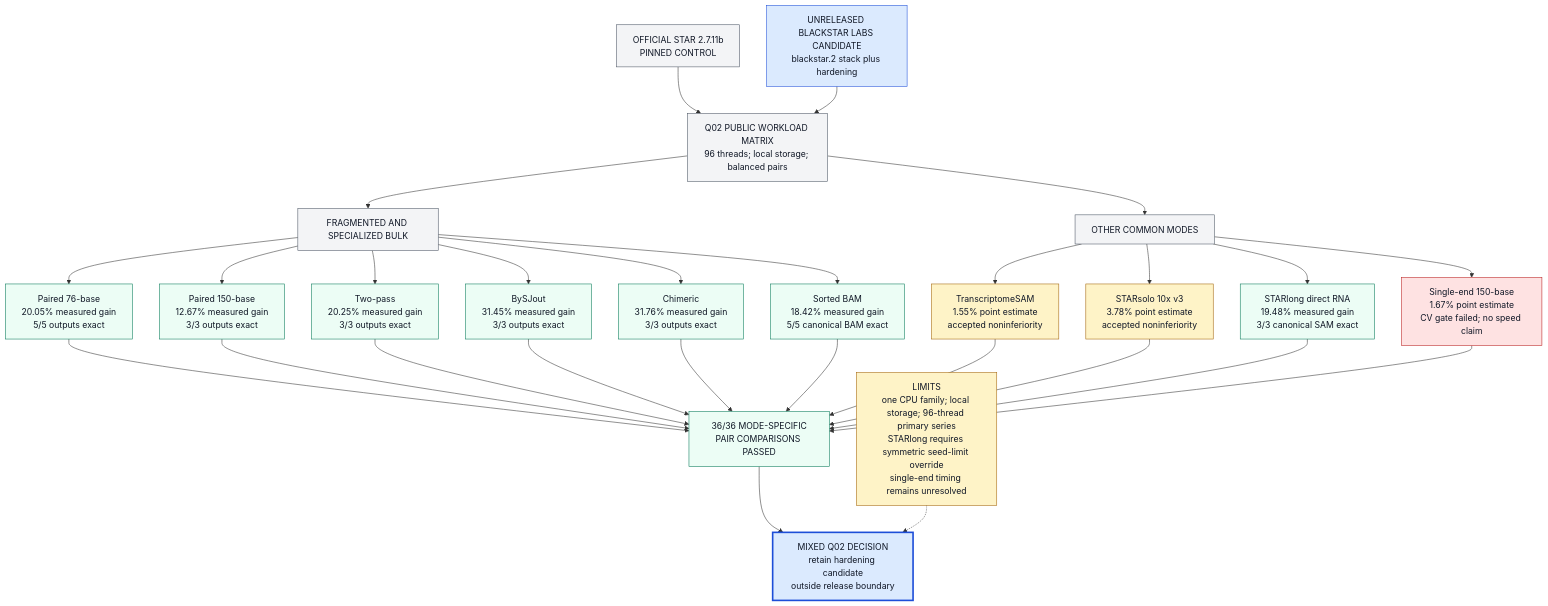
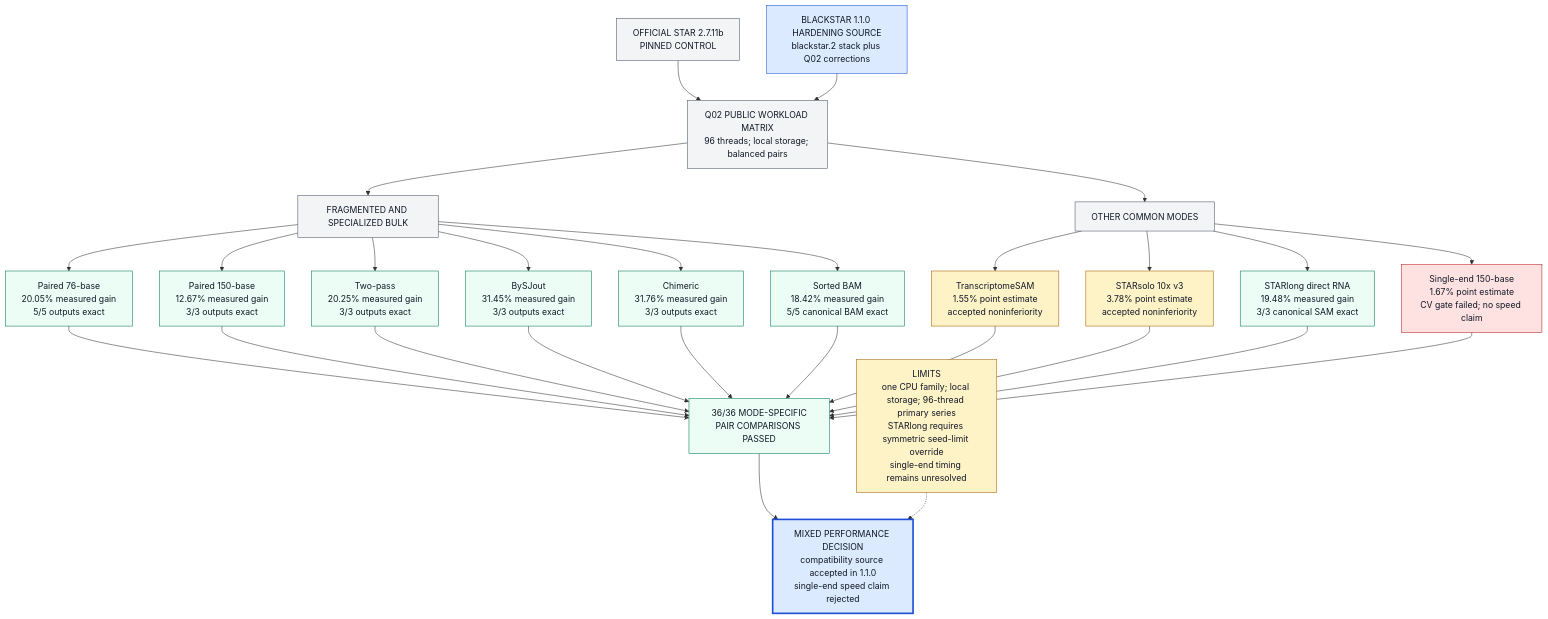
The diagram in docs/architecture/diagrams/src/F27-cross-workload-generalization.mmd (justinblethrow-cloud/STAR), drawn with Mermaid before and after one commit. The commit also changed 35 other files, not shown here.

```diff
--- a/docs/architecture/diagrams/src/F27-cross-workload-generalization.mmd
+++ b/docs/architecture/diagrams/src/F27-cross-workload-generalization.mmd
@@ -1,46 +1,46 @@
 flowchart TB
     CONTROL["OFFICIAL STAR 2.7.11b<br/>PINNED CONTROL"] --> MATRIX["Q02 PUBLIC WORKLOAD MATRIX<br/>96 threads; local storage; balanced pairs"]
-    CANDIDATE["UNRELEASED BLACKSTAR LABS CANDIDATE<br/>blackstar.2 stack plus hardening"] --> MATRIX
+    CANDIDATE["BLACKSTAR 1.1.0 HARDENING SOURCE<br/>blackstar.2 stack plus Q02 corrections"] --> MATRIX
 
     MATRIX --> BULK["FRAGMENTED AND SPECIALIZED BULK"]
     BULK --> PE76["Paired 76-base<br/>20.05% measured gain<br/>5/5 outputs exact"]
     BULK --> PE150["Paired 150-base<br/>12.67% measured gain<br/>3/3 outputs exact"]
     BULK --> TWO["Two-pass<br/>20.25% measured gain<br/>3/3 outputs exact"]
     BULK --> BYSJ["BySJout<br/>31.45% measured gain<br/>3/3 outputs exact"]
     BULK --> CHIM["Chimeric<br/>31.76% measured gain<br/>3/3 outputs exact"]
     BULK --> SORTED["Sorted BAM<br/>18.42% measured gain<br/>5/5 canonical BAM exact"]
 
     MATRIX --> OTHER["OTHER COMMON MODES"]
     OTHER --> TX["TranscriptomeSAM<br/>1.55% point estimate<br/>accepted noninferiority"]
     OTHER --> SOLO["STARsolo 10x v3<br/>3.78% point estimate<br/>accepted noninferiority"]
     OTHER --> LONG["STARlong direct RNA<br/>19.48% measured gain<br/>3/3 canonical SAM exact"]
     OTHER --> SINGLE["Single-end 150-base<br/>1.67% point estimate<br/>CV gate failed; no speed claim"]
 
     PE76 --> CORRECT["36/36 MODE-SPECIFIC<br/>PAIR COMPARISONS PASSED"]
     PE150 --> CORRECT
     TWO --> CORRECT
     BYSJ --> CORRECT
     CHIM --> CORRECT
     SORTED --> CORRECT
     TX --> CORRECT
     SOLO --> CORRECT
     LONG --> CORRECT
     SINGLE --> CORRECT
 
-    CORRECT --> DECISION["MIXED Q02 DECISION<br/>retain hardening candidate<br/>outside release boundary"]
+    CORRECT --> DECISION["MIXED PERFORMANCE DECISION<br/>compatibility source accepted in 1.1.0<br/>single-end speed claim rejected"]
     LIMIT["LIMITS<br/>one CPU family; local storage; 96-thread primary series<br/>STARlong requires symmetric seed-limit override<br/>single-end timing remains unresolved"] -.-> DECISION
 
     classDef control fill:#f3f4f6,stroke:#4b5563,color:#111827;
     classDef candidate fill:#dbeafe,stroke:#1d4ed8,color:#111827;
     classDef group fill:#f3f4f6,stroke:#4b5563,color:#111827;
     classDef gain fill:#ecfdf5,stroke:#047857,color:#111827;
     classDef neutral fill:#fef3c7,stroke:#a16207,color:#111827;
     classDef failed fill:#fee2e2,stroke:#b91c1c,color:#111827;
     classDef decision fill:#dbeafe,stroke:#1d4ed8,color:#111827,stroke-width:3px;
     class CONTROL control;
     class CANDIDATE candidate;
     class MATRIX,BULK,OTHER group;
     class PE76,PE150,TWO,BYSJ,CHIM,SORTED,LONG,CORRECT gain;
     class TX,SOLO,LIMIT neutral;
     class SINGLE failed;
     class DECISION decision;
```
